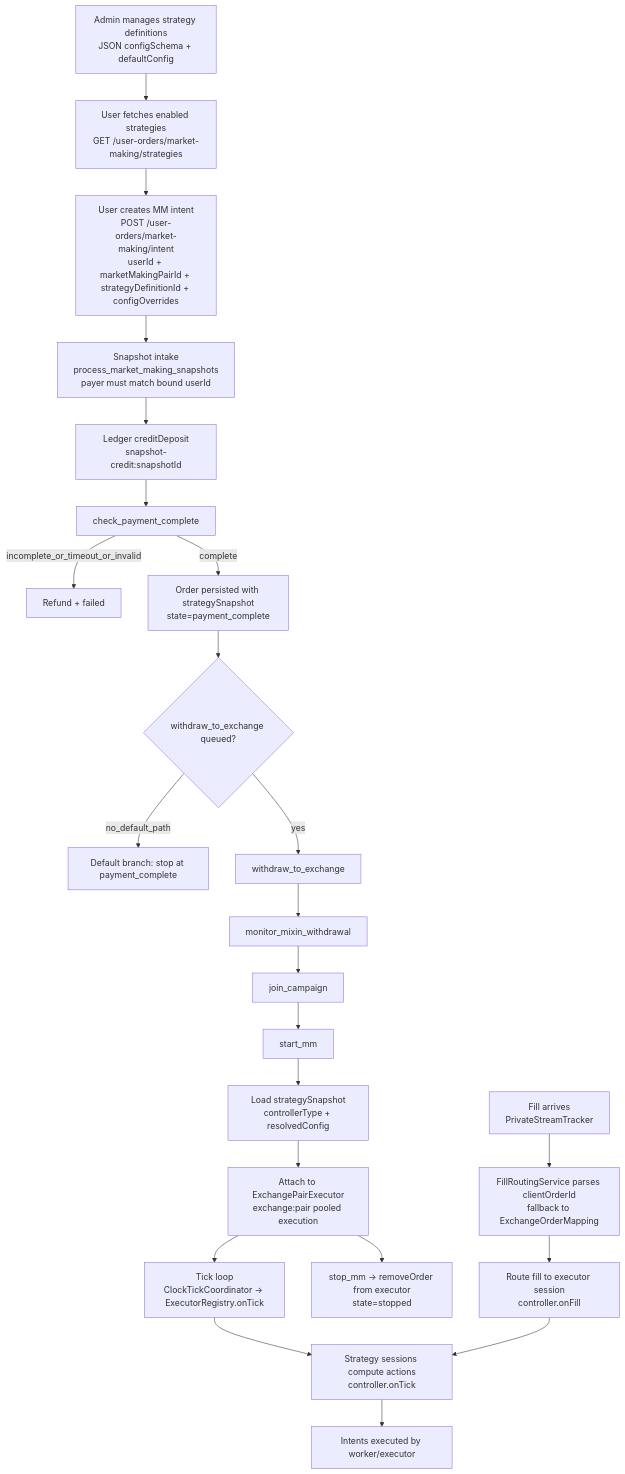
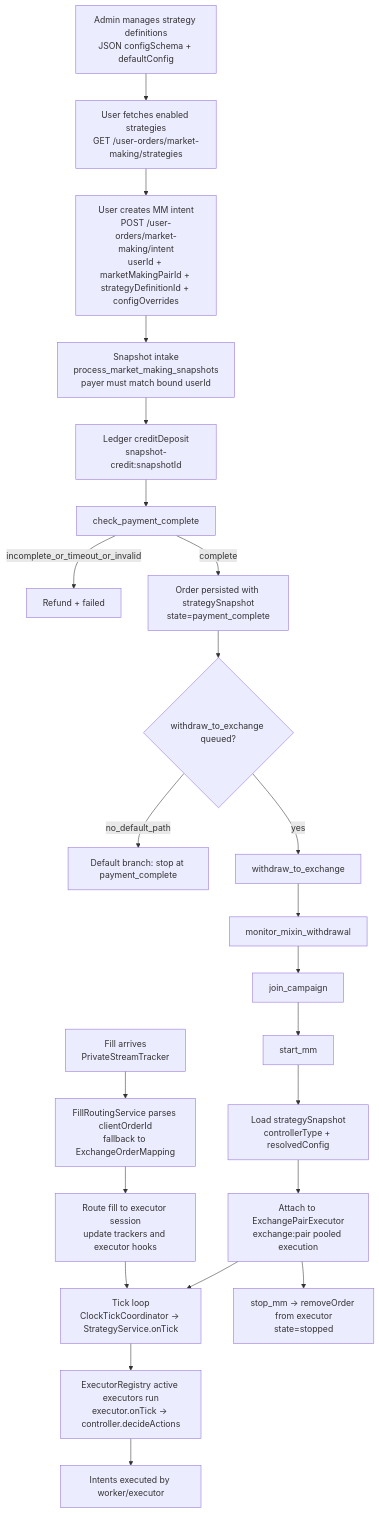
One commit to zed-wong/Mr.Market changed the diagram in docs/architecture/market-making-flow.md. Above: the diagram before and after it, drawn with Mermaid. The commit also changed other lines of this file and 8 other files, not shown here.

````diff
--- a/docs/architecture/market-making-flow.md
+++ b/docs/architecture/market-making-flow.md
@@ -49,49 +49,49 @@
 ```mermaid
 flowchart TD
   A[Admin manages strategy definitions<br/>JSON configSchema + defaultConfig]
   B[User fetches enabled strategies<br/>GET /user-orders/market-making/strategies]
   C[User creates MM intent<br/>POST /user-orders/market-making/intent<br/>userId + marketMakingPairId + strategyDefinitionId + configOverrides]
   D[Snapshot intake<br/>process_market_making_snapshots<br/>payer must match bound userId]
   E[Ledger creditDeposit<br/>snapshot-credit:snapshotId]
   F[check_payment_complete]
   G[Refund + failed]
   H[Order persisted with strategySnapshot<br/>state=payment_complete]
   I{withdraw_to_exchange queued?}
   J[Default branch: stop at payment_complete]
   K[withdraw_to_exchange]
   L[monitor_mixin_withdrawal]
   M[join_campaign]
   N[start_mm]
   O[Load strategySnapshot<br/>controllerType + resolvedConfig]
   P[Attach to ExchangePairExecutor<br/>exchange:pair pooled execution]
-  Q[Tick loop<br/>ClockTickCoordinator -> ExecutorRegistry.onTick]
-  R[Strategy sessions compute actions<br/>controller.onTick]
+  Q[Tick loop<br/>ClockTickCoordinator -> StrategyService.onTick]
+  R[ExecutorRegistry active executors run<br/>executor.onTick -> controller.decideActions]
   S[Intents executed by worker/executor]
   T[Fill arrives<br/>PrivateStreamTracker]
   U[FillRoutingService parses clientOrderId<br/>fallback to ExchangeOrderMapping]
-  V[Route fill to executor session<br/>controller.onFill]
+  V[Route fill to executor session<br/>update trackers and executor hooks]
   W[stop_mm -> removeOrder from executor<br/>state=stopped]
 
   A --> B
   B --> C
   C --> D
   D --> E
   E --> F
   F -->|incomplete_or_timeout_or_invalid| G
   F -->|complete| H
   H --> I
   I -->|no_default_path| J
   I -->|yes| K
   K --> L
   L --> M
   M --> N
   N --> O
   O --> P
   P --> Q
   Q --> R
   R --> S
   T --> U
   U --> V
-  V --> R
+  V --> Q
   P --> W
 ```
````
